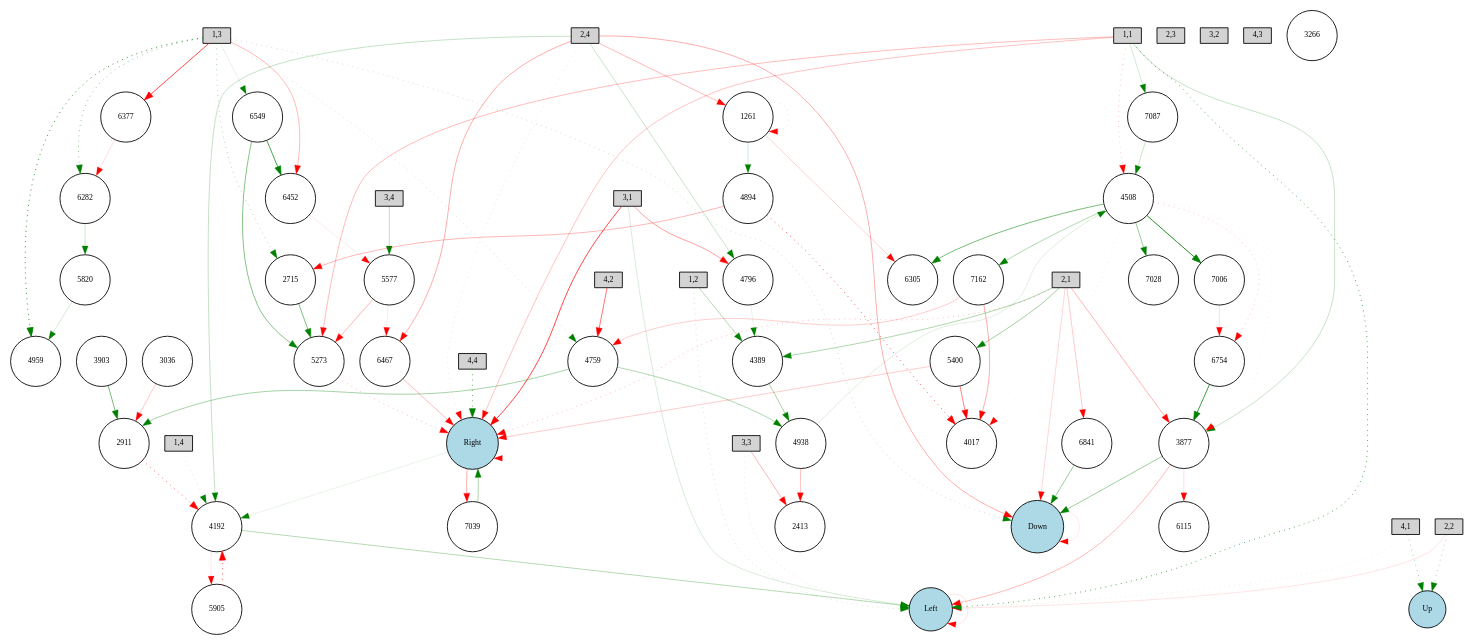
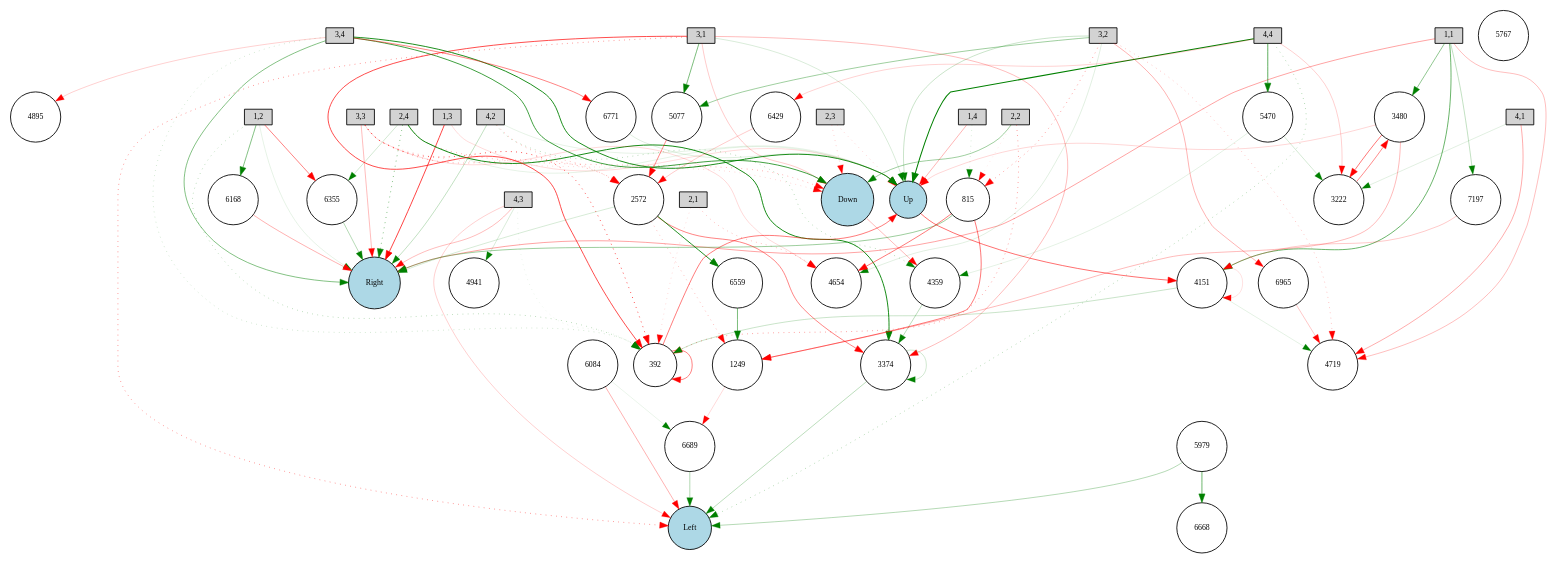
One commit to HiggstonRainbird/NEAT-2048 changed the diagram in Digraph.gv. Above: the diagram before and after it, drawn with Graphviz. The commit also changed 5 other files, not shown here.

```diff
--- a/Digraph.gv
+++ b/Digraph.gv
@@ -20,133 +20,131 @@
 	Down [fillcolor=lightblue style=filled]
 	Left [fillcolor=lightblue style=filled]
 	Up [fillcolor=lightblue style=filled]
-	6282 [fillcolor=white style=filled]
-	2413 [fillcolor=white style=filled]
-	5905 [fillcolor=white style=filled]
-	6549 [fillcolor=white style=filled]
-	4759 [fillcolor=white style=filled]
-	5400 [fillcolor=white style=filled]
-	5273 [fillcolor=white style=filled]
-	2715 [fillcolor=white style=filled]
-	4508 [fillcolor=white style=filled]
-	4894 [fillcolor=white style=filled]
-	6305 [fillcolor=white style=filled]
-	3877 [fillcolor=white style=filled]
-	7087 [fillcolor=white style=filled]
-	4017 [fillcolor=white style=filled]
-	6452 [fillcolor=white style=filled]
-	6841 [fillcolor=white style=filled]
-	4959 [fillcolor=white style=filled]
-	4796 [fillcolor=white style=filled]
-	3903 [fillcolor=white style=filled]
-	3266 [fillcolor=white style=filled]
-	6467 [fillcolor=white style=filled]
-	5577 [fillcolor=white style=filled]
-	4938 [fillcolor=white style=filled]
-	3036 [fillcolor=white style=filled]
-	7006 [fillcolor=white style=filled]
-	2911 [fillcolor=white style=filled]
-	4192 [fillcolor=white style=filled]
-	6754 [fillcolor=white style=filled]
-	6115 [fillcolor=white style=filled]
-	4389 [fillcolor=white style=filled]
-	5820 [fillcolor=white style=filled]
-	1261 [fillcolor=white style=filled]
-	7028 [fillcolor=white style=filled]
-	6377 [fillcolor=white style=filled]
-	7162 [fillcolor=white style=filled]
-	7039 [fillcolor=white style=filled]
-	4508 -> 3877 [color=red penwidth=0.112915077092 style=dotted]
-	"4,2" -> 4759 [color=red penwidth=0.641212748698 style=solid]
-	"1,1" -> Right [color=red penwidth=0.282084979126 style=solid]
-	4759 -> 4938 [color=green penwidth=0.358701305687 style=solid]
-	7087 -> 4508 [color=green penwidth=0.253013024295 style=solid]
-	"4,1" -> Up [color=green penwidth=0.511287284491 style=dotted]
-	"2,4" -> Down [color=red penwidth=0.369742828283 style=solid]
-	6754 -> 3877 [color=green penwidth=0.886912515064 style=solid]
-	2911 -> 4192 [color=red penwidth=0.778683105138 style=dotted]
-	1261 -> 1261 [color=red penwidth=0.218506545698 style=dotted]
-	"2,1" -> Down [color=red penwidth=0.193807851627 style=solid]
-	"1,3" -> 6549 [color=green penwidth=0.126094740169 style=solid]
-	6377 -> 6282 [color=red penwidth=0.1638154198 style=solid]
-	5273 -> Right [color=red penwidth=0.357834858264 style=dotted]
-	"4,4" -> Right [color=green penwidth=0.770677578065 style=dotted]
-	"1,1" -> 5273 [color=red penwidth=0.308405126838 style=solid]
-	"2,4" -> 1261 [color=red penwidth=0.329469065018 style=solid]
-	Down -> Down [color=red penwidth=0.111152983264 style=solid]
-	6549 -> 6452 [color=green penwidth=0.828929461375 style=solid]
-	"1,1" -> 3877 [color=green penwidth=0.263831998995 style=solid]
-	6467 -> Right [color=red penwidth=0.320042466787 style=solid]
-	Left -> Left [color=red penwidth=0.129174529695 style=solid]
-	"1,3" -> 6282 [color=green penwidth=0.567076980376 style=dotted]
-	"1,3" -> Down [color=green penwidth=0.28928868198 style=dotted]
-	3877 -> Down [color=green penwidth=0.452839517653 style=solid]
-	"2,4" -> 4192 [color=green penwidth=0.267082981933 style=solid]
-	4192 -> Left [color=green penwidth=0.340868728235 style=solid]
-	5577 -> 6467 [color=red penwidth=0.112026739143 style=solid]
-	4508 -> 7006 [color=green penwidth=0.999242717429 style=solid]
-	"3,3" -> Left [color=green penwidth=0.15815815327 style=dotted]
-	"2,2" -> Left [color=red penwidth=0.12644022368 style=solid]
-	4508 -> 7028 [color=green penwidth=0.460455089643 style=solid]
-	4192 -> 5905 [color=red penwidth=0.109471597873 style=solid]
-	5400 -> Right [color=red penwidth=0.243714621853 style=solid]
-	4938 -> 4508 [color=green penwidth=0.146209641291 style=solid]
-	1261 -> 6305 [color=red penwidth=0.211803857053 style=solid]
-	5820 -> 4959 [color=green penwidth=0.197927588456 style=solid]
-	"2,1" -> 5400 [color=green penwidth=0.41633646884 style=solid]
-	3877 -> Left [color=red penwidth=0.31957937426 style=solid]
-	"4,1" -> Left [color=green penwidth=0.126464086579 style=dotted]
-	6841 -> Down [color=green penwidth=0.473803373834 style=solid]
-	"1,4" -> 4192 [color=green penwidth=0.189228763622 style=dotted]
-	4508 -> 7162 [color=green penwidth=0.358742082403 style=solid]
-	"2,1" -> Right [color=red penwidth=0.339541206503 style=dotted]
-	3036 -> 2911 [color=red penwidth=0.26305030716 style=solid]
-	"1,2" -> Left [color=green penwidth=0.254638691582 style=dotted]
-	4389 -> 4938 [color=green penwidth=0.412216345649 style=solid]
-	4759 -> 2911 [color=green penwidth=0.406351476214 style=solid]
-	"1,1" -> Left [color=green penwidth=0.834721479898 style=dotted]
-	4894 -> 4017 [color=red penwidth=0.848049901467 style=dotted]
-	3903 -> 2911 [color=green penwidth=0.608323580904 style=solid]
-	6549 -> 5273 [color=green penwidth=0.554109659107 style=solid]
-	Right -> 4192 [color=green penwidth=0.11212140112 style=solid]
-	5400 -> 4017 [color=red penwidth=0.56098731612 style=solid]
-	"1,3" -> 6452 [color=red penwidth=0.317124128025 style=solid]
-	4508 -> 6305 [color=green penwidth=0.610392994405 style=solid]
-	"3,4" -> 5577 [color=green penwidth=0.300732128304 style=solid]
-	2715 -> 5273 [color=green penwidth=0.580682308681 style=solid]
-	"2,2" -> Up [color=green penwidth=0.42702392261 style=dotted]
-	"3,1" -> Left [color=green penwidth=0.184672876142 style=solid]
-	"1,1" -> 4508 [color=red penwidth=0.309035570325 style=dotted]
-	Right -> 7039 [color=red penwidth=0.362290928617 style=solid]
-	4894 -> 2715 [color=red penwidth=0.328255917614 style=solid]
-	"3,1" -> 4796 [color=red penwidth=0.440829512205 style=solid]
-	"2,1" -> 6841 [color=red penwidth=0.237852175169 style=solid]
-	7162 -> 4017 [color=red penwidth=0.370484838224 style=solid]
-	"2,1" -> 4389 [color=green penwidth=0.370985538158 style=solid]
-	"1,3" -> 6377 [color=red penwidth=0.833500395951 style=solid]
-	"1,3" -> 4959 [color=green penwidth=1.02696896623 style=dotted]
-	4508 -> 6754 [color=red penwidth=0.283421395403 style=dotted]
-	3877 -> 6115 [color=red penwidth=0.162047743975 style=solid]
-	4796 -> 4389 [color=green penwidth=0.108872820319 style=solid]
-	4938 -> 2413 [color=red penwidth=0.281421682131 style=solid]
-	7162 -> 4759 [color=red penwidth=0.233354996384 style=solid]
-	"2,4" -> Right [color=red penwidth=0.167479953409 style=dotted]
-	6282 -> 5820 [color=green penwidth=0.245274011582 style=solid]
-	"1,3" -> 2715 [color=green penwidth=0.396973285148 style=dotted]
-	5905 -> 4192 [color=red penwidth=0.875518622406 style=dotted]
-	"2,4" -> 6467 [color=red penwidth=0.38365244238 style=solid]
-	6452 -> 5577 [color=red penwidth=0.103650671334 style=solid]
-	7039 -> Right [color=green penwidth=0.3849063704 style=solid]
-	"3,3" -> 2413 [color=red penwidth=0.339466128312 style=solid]
-	"1,2" -> 4389 [color=green penwidth=0.336299799479 style=solid]
-	Right -> Right [color=red penwidth=0.108438936243 style=dotted]
-	4508 -> 4017 [color=red penwidth=0.145274064442 style=dotted]
-	"2,4" -> 4796 [color=green penwidth=0.256890160075 style=solid]
-	"2,1" -> 3877 [color=red penwidth=0.346599586696 style=solid]
-	"3,1" -> Right [color=red penwidth=0.828037109447 style=solid]
-	5577 -> 5273 [color=red penwidth=0.348704248552 style=solid]
-	"1,1" -> 7087 [color=green penwidth=0.208877644528 style=solid]
-	7006 -> 6754 [color=red penwidth=0.163498681035 style=solid]
-	"1,3" -> 4759 [color=green penwidth=0.246061539564 style=dotted]
-	1261 -> 4894 [color=green penwidth=0.201585404211 style=solid]
+	4359 [fillcolor=white style=filled]
+	392 [fillcolor=white style=filled]
+	6668 [fillcolor=white style=filled]
+	6168 [fillcolor=white style=filled]
+	3374 [fillcolor=white style=filled]
+	3222 [fillcolor=white style=filled]
+	3480 [fillcolor=white style=filled]
+	6429 [fillcolor=white style=filled]
+	6559 [fillcolor=white style=filled]
+	6689 [fillcolor=white style=filled]
+	5767 [fillcolor=white style=filled]
+	4654 [fillcolor=white style=filled]
+	815 [fillcolor=white style=filled]
+	6965 [fillcolor=white style=filled]
+	4151 [fillcolor=white style=filled]
+	4895 [fillcolor=white style=filled]
+	6084 [fillcolor=white style=filled]
+	2572 [fillcolor=white style=filled]
+	7197 [fillcolor=white style=filled]
+	4941 [fillcolor=white style=filled]
+	6355 [fillcolor=white style=filled]
+	5077 [fillcolor=white style=filled]
+	5979 [fillcolor=white style=filled]
+	5470 [fillcolor=white style=filled]
+	1249 [fillcolor=white style=filled]
+	4719 [fillcolor=white style=filled]
+	6771 [fillcolor=white style=filled]
+	"1,1" -> Right [color=red penwidth=0.424985072037 style=solid]
+	"1,1" -> 4151 [color=green penwidth=0.675428585103 style=solid]
+	"4,4" -> Up [color=green penwidth=1.19456815342 style=solid]
+	815 -> 1249 [color=red penwidth=0.624910962156 style=solid]
+	"4,3" -> Left [color=red penwidth=0.216953724777 style=solid]
+	"2,2" -> 392 [color=red penwidth=0.467400140064 style=dotted]
+	"2,4" -> Down [color=red penwidth=0.377208685544 style=dotted]
+	6084 -> Left [color=red penwidth=0.36269102971 style=solid]
+	815 -> 4654 [color=red penwidth=0.610878037415 style=solid]
+	"1,2" -> Right [color=green penwidth=0.117783082234 style=solid]
+	"3,2" -> Up [color=green penwidth=0.246928271152 style=solid]
+	6965 -> 4719 [color=red penwidth=0.257494457211 style=solid]
+	"1,1" -> 7197 [color=green penwidth=0.283068640714 style=solid]
+	5470 -> 4359 [color=green penwidth=0.128957884781 style=solid]
+	"2,2" -> Down [color=green penwidth=0.444152455141 style=solid]
+	5470 -> 3222 [color=green penwidth=0.195390018502 style=solid]
+	"4,2" -> 4359 [color=green penwidth=0.360186595172 style=dotted]
+	"3,1" -> Left [color=red penwidth=0.512368030515 style=dotted]
+	"3,2" -> 5077 [color=green penwidth=0.441553771625 style=solid]
+	"4,2" -> Right [color=green penwidth=0.27672270213 style=solid]
+	"3,4" -> Up [color=green penwidth=1.01985453422 style=solid]
+	"3,1" -> 392 [color=red penwidth=0.812905274483 style=solid]
+	"1,2" -> 392 [color=green penwidth=0.329065314879 style=dotted]
+	"3,1" -> Up [color=green penwidth=0.1844292823 style=solid]
+	3374 -> 3374 [color=green penwidth=0.221747125585 style=solid]
+	3374 -> Left [color=green penwidth=0.311913084163 style=solid]
+	"4,4" -> Left [color=green penwidth=0.370672095349 style=dotted]
+	"4,1" -> 4719 [color=red penwidth=0.383449757852 style=solid]
+	"3,3" -> 2572 [color=red penwidth=0.43082637854 style=dotted]
+	Up -> 4151 [color=red penwidth=0.647736286121 style=solid]
+	4151 -> 392 [color=green penwidth=0.250342401111 style=solid]
+	"2,4" -> 3374 [color=green penwidth=1.05090222271 style=solid]
+	6429 -> 2572 [color=red penwidth=0.237635893377 style=solid]
+	"2,3" -> Up [color=red penwidth=0.243158151004 style=dotted]
+	1249 -> 6689 [color=red penwidth=0.181655383542 style=solid]
+	6559 -> 1249 [color=green penwidth=0.599957939611 style=solid]
+	6689 -> Left [color=green penwidth=0.357506797665 style=solid]
+	"2,2" -> 815 [color=red penwidth=0.127623420047 style=dotted]
+	3222 -> 3480 [color=red penwidth=0.532594067991 style=solid]
+	Down -> 4359 [color=red penwidth=0.315635564073 style=solid]
+	815 -> Right [color=green penwidth=0.450997327657 style=solid]
+	"3,1" -> 5077 [color=green penwidth=0.604871928059 style=solid]
+	"4,3" -> 392 [color=green penwidth=0.122411517306 style=dotted]
+	2572 -> 1249 [color=red penwidth=0.326726742488 style=dotted]
+	"1,3" -> Right [color=red penwidth=0.849011694328 style=solid]
+	"1,4" -> 815 [color=green penwidth=0.195128078529 style=dotted]
+	392 -> 392 [color=red penwidth=0.57237021558 style=solid]
+	5077 -> 2572 [color=red penwidth=0.539905165033 style=solid]
+	"3,2" -> 6965 [color=red penwidth=0.348145765163 style=solid]
+	"4,2" -> 2572 [color=red penwidth=0.363571296567 style=dotted]
+	"3,3" -> Down [color=red penwidth=0.211230253614 style=dotted]
+	"3,2" -> 815 [color=red penwidth=0.483566145791 style=dotted]
+	"3,3" -> 392 [color=red penwidth=0.867299609128 style=dotted]
+	"3,1" -> 3374 [color=red penwidth=0.314916386453 style=solid]
+	"1,3" -> Up [color=red penwidth=0.165678789632 style=solid]
+	3480 -> 3222 [color=red penwidth=0.618383520287 style=solid]
+	"1,2" -> 6168 [color=green penwidth=0.561856941435 style=solid]
+	"2,1" -> 4654 [color=red penwidth=0.339146667134 style=dotted]
+	"3,4" -> Down [color=green penwidth=0.869183165823 style=solid]
+	"3,1" -> Down [color=red penwidth=0.242625935023 style=solid]
+	"3,3" -> 4654 [color=red penwidth=0.184562092499 style=solid]
+	"4,3" -> Right [color=red penwidth=0.314937881694 style=solid]
+	"3,2" -> 4719 [color=red penwidth=0.302733472143 style=dotted]
+	"2,4" -> Up [color=green penwidth=0.124914426553 style=solid]
+	"2,1" -> 392 [color=red penwidth=0.198827351347 style=dotted]
+	5979 -> Left [color=green penwidth=0.340000735993 style=solid]
+	"3,4" -> Right [color=green penwidth=0.558125702341 style=solid]
+	"1,2" -> 6355 [color=red penwidth=0.565192510907 style=solid]
+	392 -> Up [color=red penwidth=0.599483370781 style=solid]
+	2572 -> Right [color=green penwidth=0.189247129901 style=solid]
+	"4,4" -> 5470 [color=green penwidth=0.72886171525 style=solid]
+	4151 -> 4151 [color=red penwidth=0.144747819169 style=solid]
+	"3,2" -> 4654 [color=green penwidth=0.144263805389 style=solid]
+	"4,1" -> 3222 [color=green penwidth=0.141258128868 style=solid]
+	"2,4" -> Right [color=green penwidth=0.623941158632 style=dotted]
+	"4,4" -> 6429 [color=red penwidth=0.209094803244 style=solid]
+	"4,4" -> 3222 [color=red penwidth=0.22263126639 style=solid]
+	2572 -> 6559 [color=green penwidth=0.997008073249 style=solid]
+	6771 -> Up [color=green penwidth=0.151600356182 style=solid]
+	6168 -> Right [color=red penwidth=0.356957604073 style=solid]
+	4359 -> 3374 [color=green penwidth=0.309163693321 style=solid]
+	"1,1" -> 4719 [color=red penwidth=0.298345816134 style=solid]
+	"3,3" -> Right [color=red penwidth=0.307408157002 style=solid]
+	"3,4" -> 4895 [color=red penwidth=0.216739208589 style=solid]
+	5979 -> 6668 [color=green penwidth=0.667617573562 style=solid]
+	"1,4" -> Up [color=red penwidth=0.344965283832 style=solid]
+	"1,1" -> 3480 [color=green penwidth=0.509683505069 style=solid]
+	7197 -> 4151 [color=red penwidth=0.248823338775 style=solid]
+	"2,3" -> Down [color=red penwidth=0.245445518143 style=dotted]
+	"4,2" -> Up [color=green penwidth=0.118795008143 style=solid]
+	"3,4" -> 6771 [color=red penwidth=0.558991045041 style=solid]
+	3480 -> 1249 [color=red penwidth=0.317172359579 style=solid]
+	6084 -> 6689 [color=green penwidth=0.100503271778 style=solid]
+	"2,4" -> 6355 [color=green penwidth=0.207230595028 style=solid]
+	2572 -> 3374 [color=red penwidth=0.560071715695 style=solid]
+	6355 -> Right [color=green penwidth=0.344431457364 style=solid]
+	3480 -> Up [color=red penwidth=0.188413592266 style=solid]
+	4151 -> 4719 [color=green penwidth=0.132047886869 style=solid]
+	"3,4" -> 392 [color=green penwidth=0.230272086333 style=dotted]
+	"4,3" -> 4941 [color=green penwidth=0.178184253757 style=solid]
 }
```
